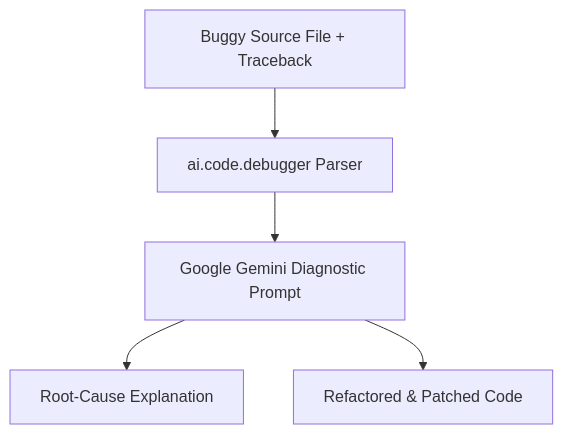
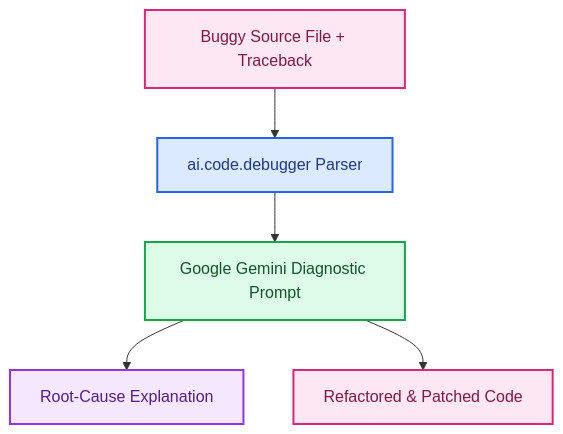
Before and after one commit to RobinaMirbahar/ai.code.debugger: the diagram in README.md, drawn with Mermaid. The commit also changed other lines of this file, not shown here.

Commit message:
docs: add 3-line Author & Companion Publication header, color-coded Mermaid diagram, and remove repetitive footer

````diff
--- a/README.md
+++ b/README.md
@@ -23,7 +23,12 @@
 ```mermaid
 flowchart TD
     A["Buggy Source File + Traceback"] --> B["ai.code.debugger Parser"]
     B --> C["Google Gemini Diagnostic Prompt"]
     C --> D["Root-Cause Explanation"]
     C --> E["Refactored & Patched Code"]
+    style A fill:#fce7f3,stroke:#db2777,stroke-width:2px,color:#831843
+    style B fill:#dbeafe,stroke:#2563eb,stroke-width:2px,color:#1e3a8a
+    style C fill:#dcfce7,stroke:#16a34a,stroke-width:2px,color:#14532d
+    style D fill:#f3e8ff,stroke:#9333ea,stroke-width:2px,color:#581c87
+    style E fill:#fce7f3,stroke:#db2777,stroke-width:2px,color:#831843
 ```
````
